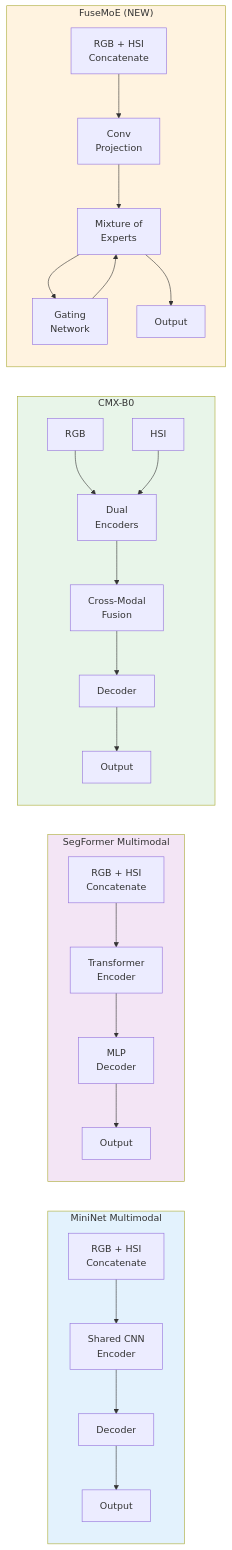
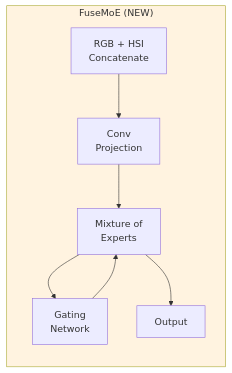
One commit to dachieu1996/spectralwaste-segmentation changed the fourth of 8 diagrams in spectralwaste_segmentation/models/model_description.md. Above: the diagram before and after it, drawn with Mermaid. The commit also changed other lines of this file, not shown here.

````diff
--- a/spectralwaste_segmentation/models/model_description.md
+++ b/spectralwaste_segmentation/models/model_description.md
@@ -3,47 +46,16 @@
 ```mermaid
 graph LR
-    subgraph MiniNet["MiniNet Multimodal"]
-        M1["RGB + HSI<br/>Concatenate"]
-        M2["Shared CNN<br/>Encoder"]
-        M3["Decoder"]
-        M4["Output"]
-        M1 --> M2 --> M3 --> M4
-    end
-    
-    subgraph SegFormer["SegFormer Multimodal"]
-        S1["RGB + HSI<br/>Concatenate"]
-        S2["Transformer<br/>Encoder"]
-        S3["MLP<br/>Decoder"]
-        S4["Output"]
-        S1 --> S2 --> S3 --> S4
-    end
-    
-    subgraph CMX["CMX-B0"]
-        C1["RGB"]
-        C2["HSI"]
-        C3["Dual<br/>Encoders"]
-        C4["Cross-Modal<br/>Fusion"]
-        C5["Decoder"]
-        C6["Output"]
-        C1 --> C3
-        C2 --> C3
-        C3 --> C4 --> C5 --> C6
-    end
-    
     subgraph FuseMoE["FuseMoE (NEW)"]
         F1["RGB + HSI<br/>Concatenate"]
         F2["Conv<br/>Projection"]
         F3["Mixture of<br/>Experts"]
         F4["Gating<br/>Network"]
         F5["Output"]
         F1 --> F2 --> F3
         F3 --> F4
         F4 --> F3
         F3 --> F5
     end
-    
-    style MiniNet fill:#e3f2fd
-    style SegFormer fill:#f3e5f5
-    style CMX fill:#e8f5e9
+
     style FuseMoE fill:#fff3e0
 ```
````
